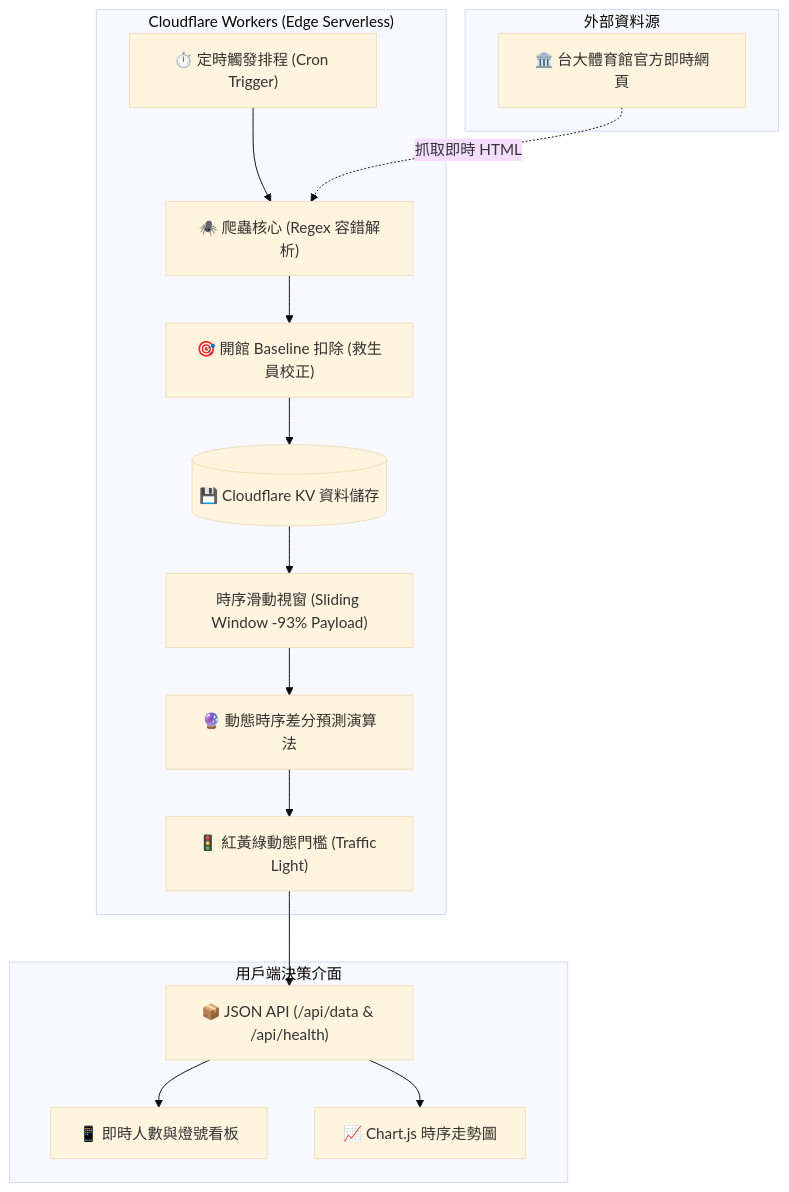
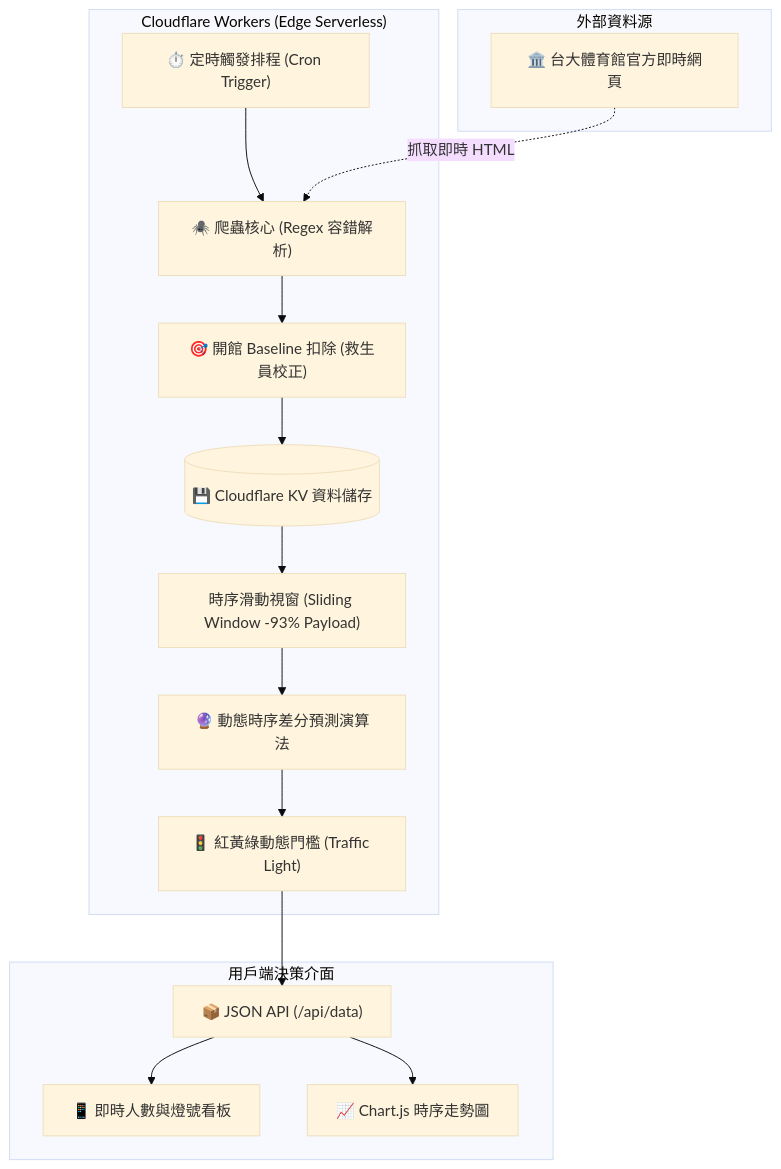
One commit to 8915ethan/ntu-pool changed the diagram in README.md. Above: the diagram before and after it, drawn with Mermaid (base theme). The commit also changed other lines of this file, not shown here.

````diff
--- a/README.md
+++ b/README.md
@@ -44,23 +44,23 @@
 ```mermaid
 flowchart TD
     subgraph External["外部資料源"]
         NTU["🏛️ 台大體育館官方即時網頁"]
     end
 
     subgraph Backend["Cloudflare Workers (Edge Serverless)"]
         Cron["⏱️ 定時觸發排程 (Cron Trigger)"] --> Crawler["🕷️ 爬蟲核心 (Regex 容錯解析)"]
         NTU -. 抓取即時 HTML .-> Crawler
         Crawler --> Baseline["🎯 開館 Baseline 扣除 (救生員校正)"]
         Baseline --> Storage[("💾 Cloudflare KV 資料儲存")]
         
         Storage --> Buffer["時序滑動視窗 (Sliding Window -93% Payload)"]
         Buffer --> Algorithm["🔮 動態時序差分預測演算法"]
         Algorithm --> Threshold["🚦 紅黃綠動態門檻 (Traffic Light)"]
     end
 
     subgraph Frontend["用戶端決策介面"]
-        Threshold --> API["📦 JSON API (/api/data & /api/health)"]
+        Threshold --> API["📦 JSON API (/api/data)"]
         API --> Dashboard["📱 即時人數與燈號看板"]
         API --> Chart["📈 Chart.js 時序走勢圖"]
     end
 ```
````
